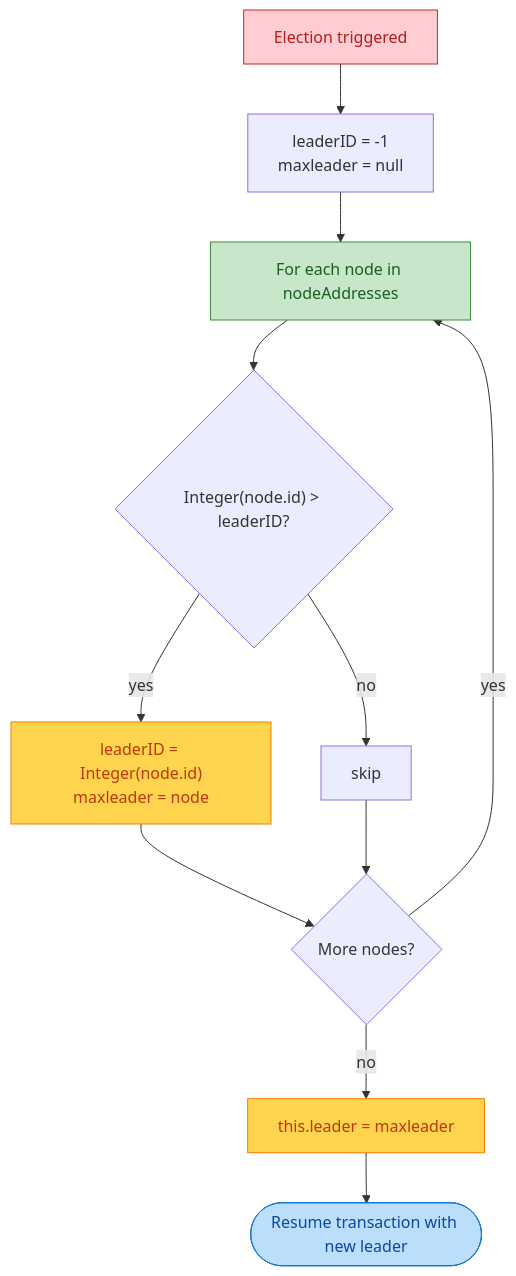
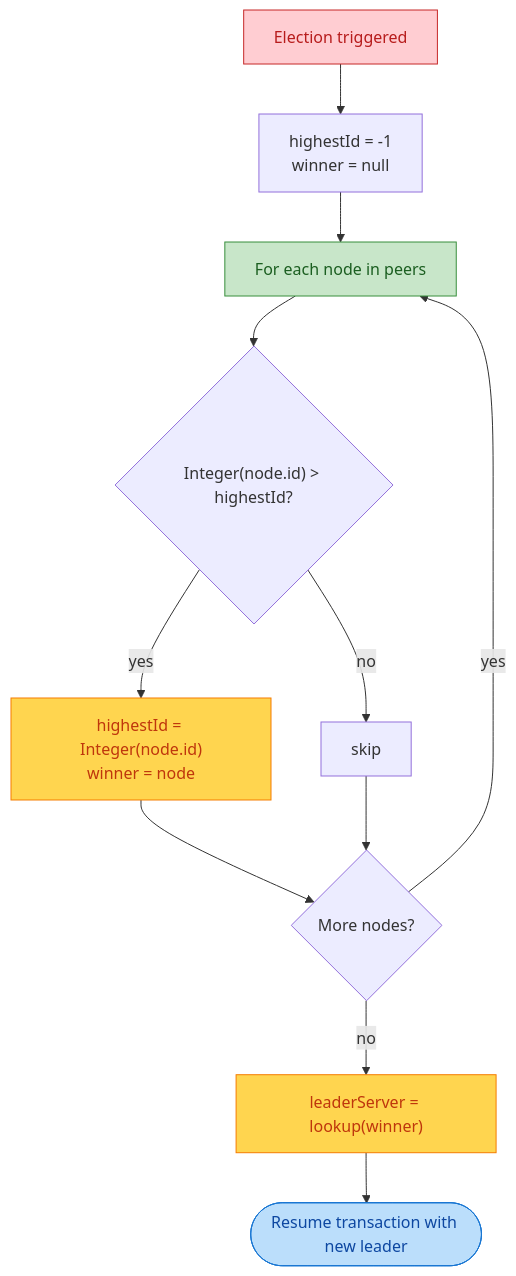
Before and after one commit to magana272/PAXOS-Key-Value-Store: the fifth of 5 diagrams in README.md, drawn with Mermaid. The commit also changed other lines of this file and 8 other files, not shown here.

Commit message:
docs: rewrite README and add generated performance charts

````diff
--- a/README.md
+++ b/README.md
@@ -172,17 +188,17 @@
 ```mermaid
 flowchart TD
-    T[Election triggered]:::fail --> Init["leaderID = -1<br/>maxleader = null"]
-    Init --> Iter[For each node in nodeAddresses]:::acceptor
-    Iter --> Cmp{"Integer(node.id) > leaderID?"}
-    Cmp -- yes --> Upd["leaderID = Integer(node.id)<br/>maxleader = node"]:::leader
+    T[Election triggered]:::fail --> Init["highestId = -1<br/>winner = null"]
+    Init --> Iter[For each node in peers]:::acceptor
+    Iter --> Cmp{"Integer(node.id) > highestId?"}
+    Cmp -- yes --> Upd["highestId = Integer(node.id)<br/>winner = node"]:::leader
     Cmp -- no --> Skip[skip]
     Upd --> Cont{More nodes?}
     Skip --> Cont
     Cont -- yes --> Iter
-    Cont -- no --> Set["this.leader = maxleader"]:::leader
+    Cont -- no --> Set["leaderServer = lookup(winner)"]:::leader
     Set --> Resume([Resume transaction with new leader]):::client
     classDef client fill:#bbdefb,stroke:#1976d2,color:#0d47a1
     classDef leader fill:#ffd54f,stroke:#f57c00,color:#bf360c
     classDef acceptor fill:#c8e6c9,stroke:#388e3c,color:#1b5e20
     classDef fail fill:#ffcdd2,stroke:#c62828,color:#b71c1c
 ```
````
